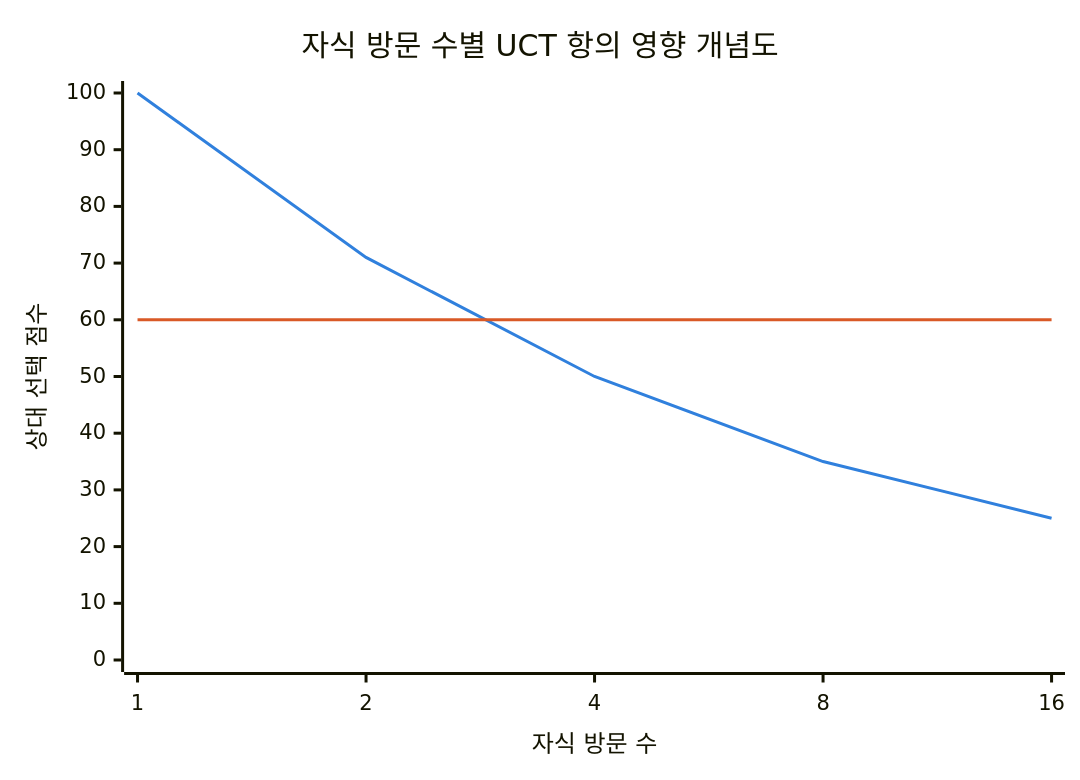
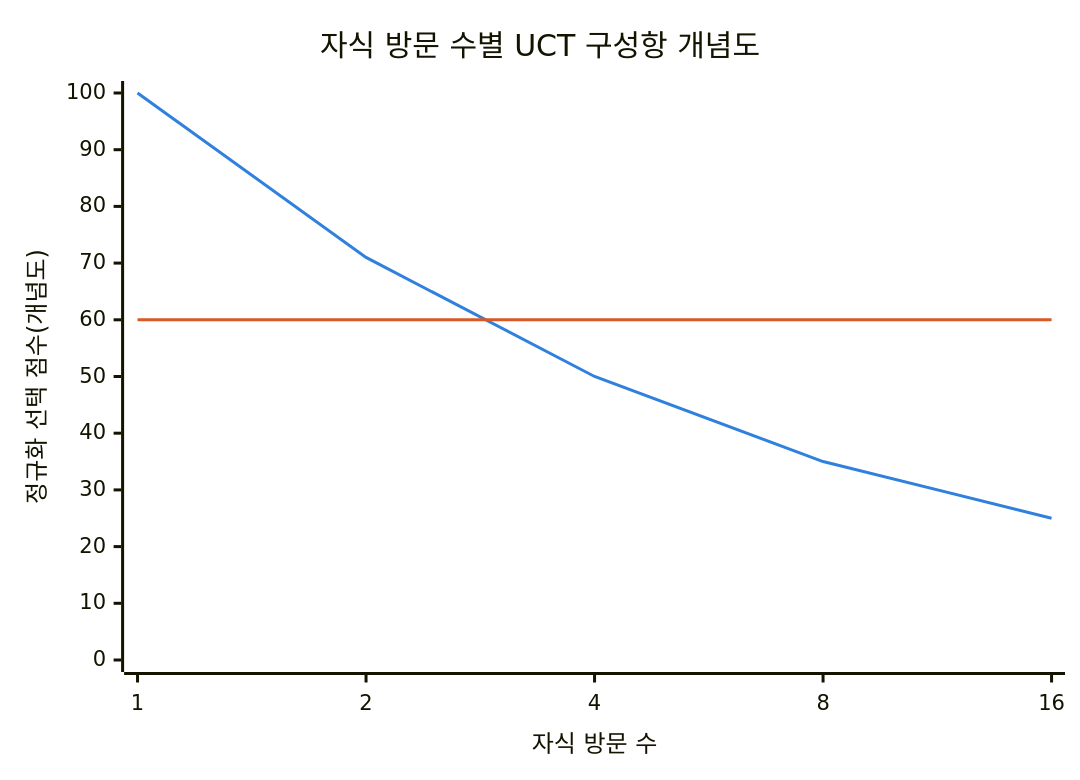
The first of 3 diagrams in src/content/docs/notes/01-basic-theory/018_mcts.md (agnusdei1207/knowledge-base), drawn with Mermaid before and after one commit. The commit also changed other lines of this file and 13 other files, not shown here.

````diff
--- a/src/content/docs/notes/01-basic-theory/018_mcts.md
+++ b/src/content/docs/notes/01-basic-theory/018_mcts.md
@@ -63,9 +64,9 @@
 ```mermaid
 %%{init: {"themeVariables": {"xyChart": {"plotColorPalette": "#3080dd, #d95926"}}} }%%
 xychart-beta
-    title "자식 방문 수별 UCT 항의 영향 개념도"
+    title "자식 방문 수별 UCT 구성항 개념도"
     x-axis "자식 방문 수" [1, 2, 4, 8, 16]
-    y-axis "상대 선택 점수" 0 --> 100
+    y-axis "정규화 선택 점수(개념도)" 0 --> 100
     line [100, 71, 50, 35, 25]
     line [60, 60, 60, 60, 60]
 ```
````
